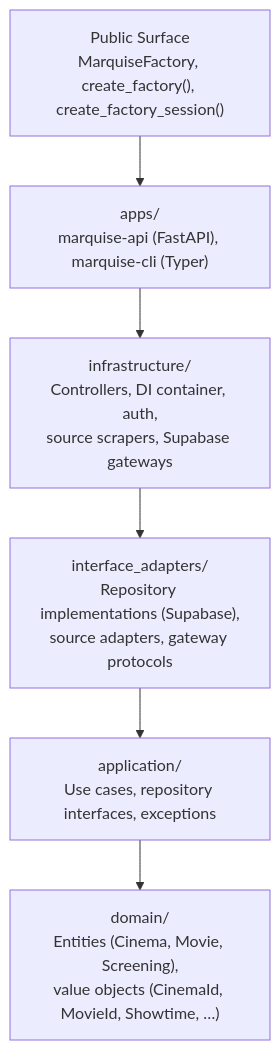
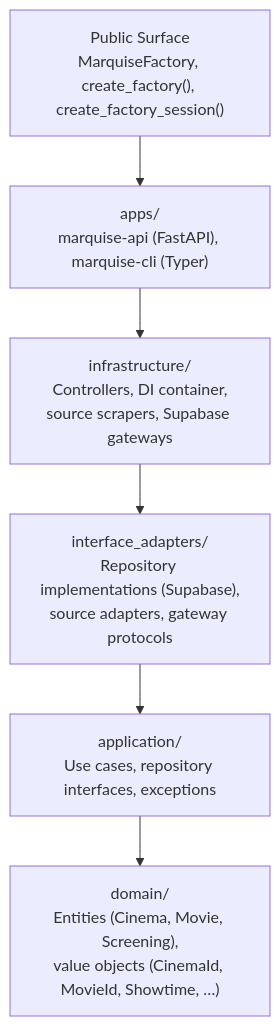
One commit to ArnaudJalbert/marquise changed the first of 3 diagrams in docs/architecture.md. Above: the diagram before and after it, drawn with Mermaid. The commit also changed other lines of this file and 41 other files, not shown here.

````diff
--- a/docs/architecture.md
+++ b/docs/architecture.md
@@ -7,11 +7,11 @@
 ```mermaid
 flowchart TD
     PUB["Public Surface<br/>MarquiseFactory, create_factory(), create_factory_session()"]
     APPS["apps/<br/>marquise-api (FastAPI), marquise-cli (Typer)"]
-    INF["infrastructure/<br/>Controllers, DI container, auth,<br/>source scrapers, Supabase gateways"]
+    INF["infrastructure/<br/>Controllers, DI container,<br/>source scrapers, Supabase gateways"]
     ADAPT["interface_adapters/<br/>Repository implementations (Supabase),<br/>source adapters, gateway protocols"]
     APP["application/<br/>Use cases, repository interfaces, exceptions"]
     DOM["domain/<br/>Entities (Cinema, Movie, Screening),<br/>value objects (CinemaId, MovieId, Showtime, …)"]
 
     PUB --> APPS --> INF --> ADAPT --> APP --> DOM
 ```
````
